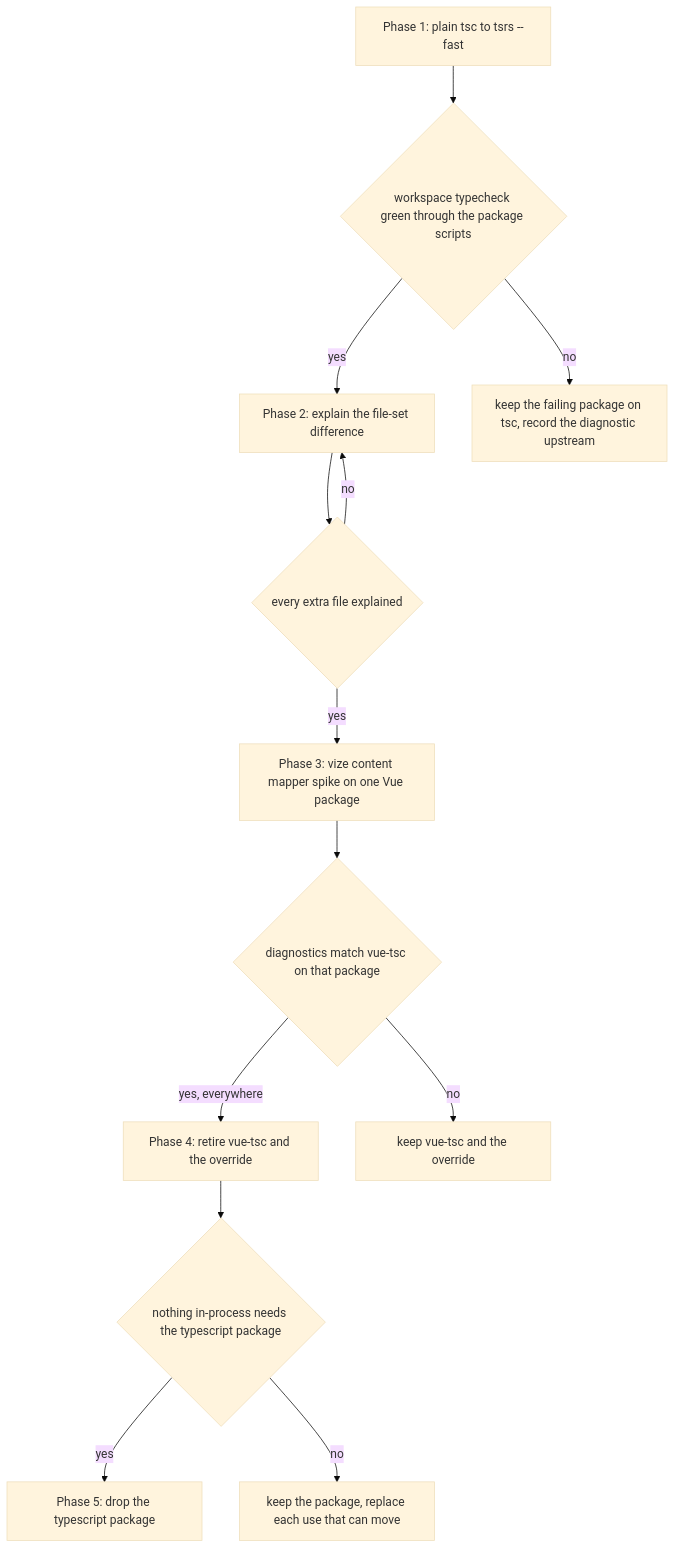
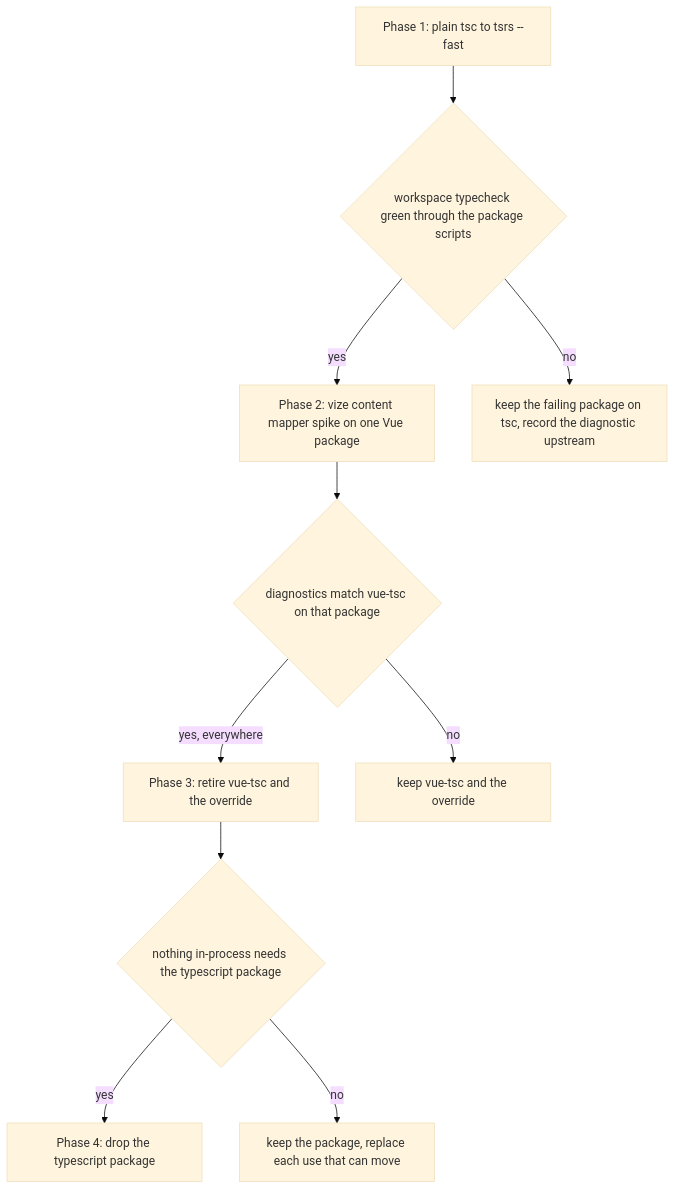
The diagram in openspec/changes/architecture-rust-typescript-toolchain/design.md (Esposter/Esposter), drawn with Mermaid (base theme) before and after one commit. The commit also changed other lines of this file and 14 other files, not shown here.

First line of the commit message:
docs(openspec): Vize compiles the library builds and Vitest, the deferred page keeps only the Nuxt module, and the toolchain change drops its explain-only phase

````diff
--- a/openspec/changes/architecture-rust-typescript-toolchain/design.md
+++ b/openspec/changes/architecture-rust-typescript-toolchain/design.md
@@ -43,15 +41,12 @@
 ```mermaid
 flowchart TD
   P1["Phase 1: plain tsc to tsrs --fast"] --> G1{"workspace typecheck green through the package scripts"}
-  G1 -->|"yes"| P2["Phase 2: explain the file-set difference"]
+  G1 -->|"yes"| P2["Phase 2: vize content mapper spike on one Vue package"]
   G1 -->|"no"| R1["keep the failing package on tsc, record the diagnostic upstream"]
-  P2 --> G2{"every extra file explained"}
-  G2 -->|"yes"| P3["Phase 3: vize content mapper spike on one Vue package"]
-  G2 -->|"no"| P2
-  P3 --> G3{"diagnostics match vue-tsc on that package"}
-  G3 -->|"yes, everywhere"| P4["Phase 4: retire vue-tsc and the override"]
-  G3 -->|"no"| KEEP["keep vue-tsc and the override"]
-  P4 --> G4{"nothing in-process needs the typescript package"}
-  G4 -->|"yes"| P5["Phase 5: drop the typescript package"]
-  G4 -->|"no"| KEEP2["keep the package, replace each use that can move"]
+  P2 --> G2{"diagnostics match vue-tsc on that package"}
+  G2 -->|"yes, everywhere"| P3["Phase 3: retire vue-tsc and the override"]
+  G2 -->|"no"| KEEP["keep vue-tsc and the override"]
+  P3 --> G3{"nothing in-process needs the typescript package"}
+  G3 -->|"yes"| P4["Phase 4: drop the typescript package"]
+  G3 -->|"no"| KEEP2["keep the package, replace each use that can move"]
 ```
````
